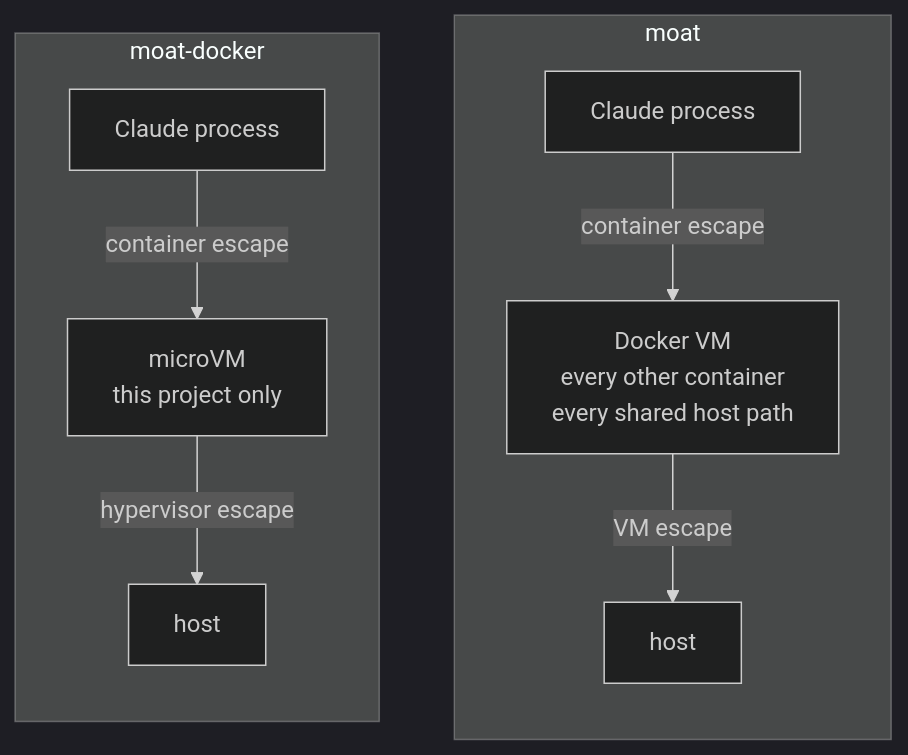
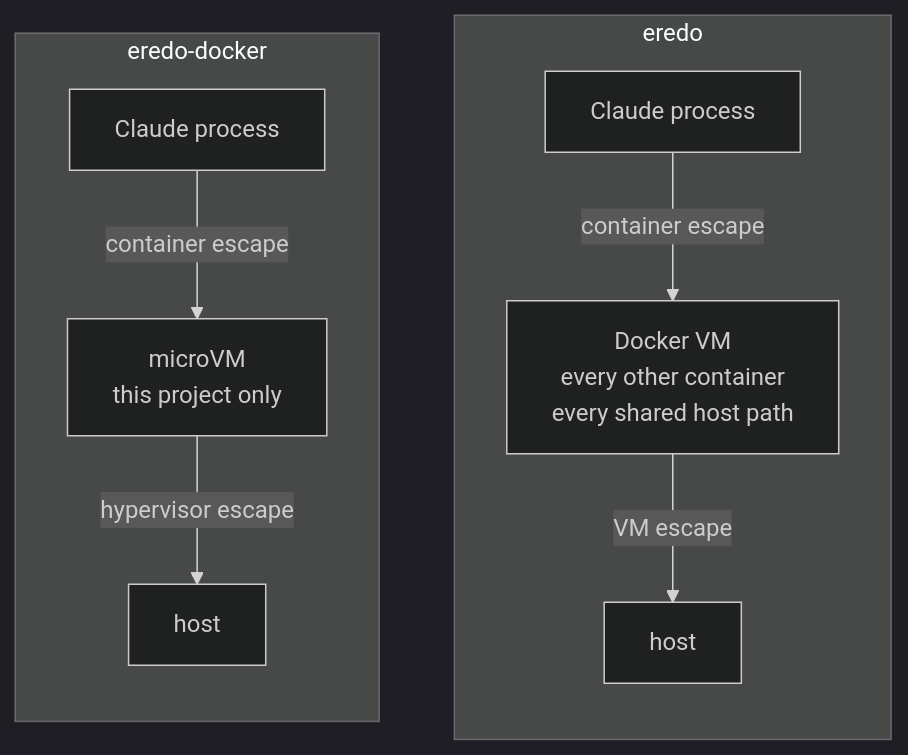
Before and after one commit to marhaasa/eredo: the third of 7 diagrams in ARCHITECTURE.md, drawn with Mermaid (dark theme). The commit also changed other lines of this file and 30 other files, not shown here.

````diff
--- a/ARCHITECTURE.md
+++ b/ARCHITECTURE.md
@@ -82,13 +85,13 @@
 ```mermaid
 flowchart TB
-  subgraph A["moat"]
+  subgraph A["eredo"]
     direction TB
     a1["Claude process"] -->|"container escape"| a2["Docker VM<br/>every other container<br/>every shared host path"]
     a2 -->|"VM escape"| a3["host"]
   end
-  subgraph B["moat-docker"]
+  subgraph B["eredo-docker"]
     direction TB
     b1["Claude process"] -->|"container escape"| b2["microVM<br/>this project only"]
     b2 -->|"hypervisor escape"| b3["host"]
   end
 ```
````
